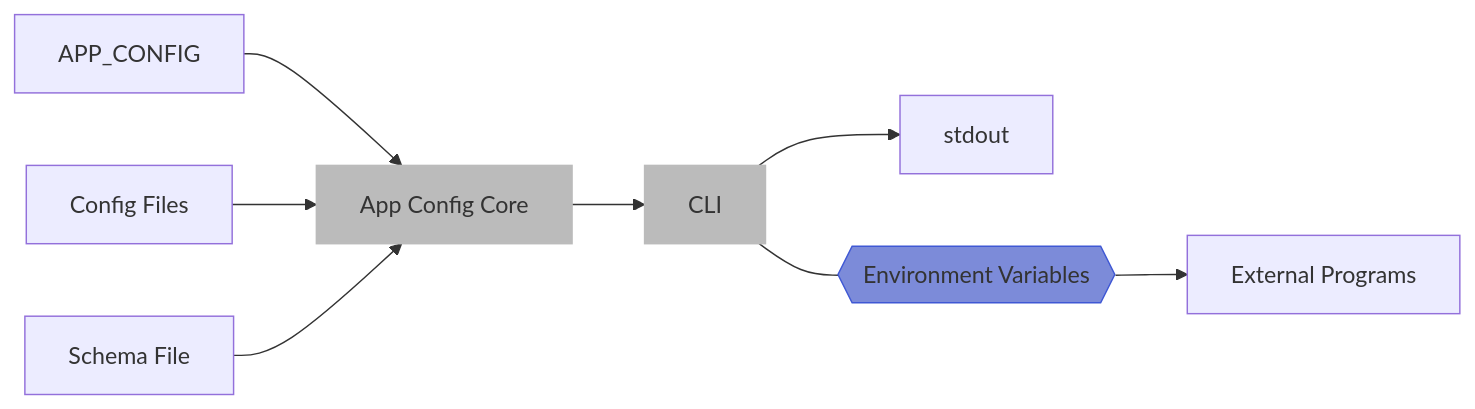
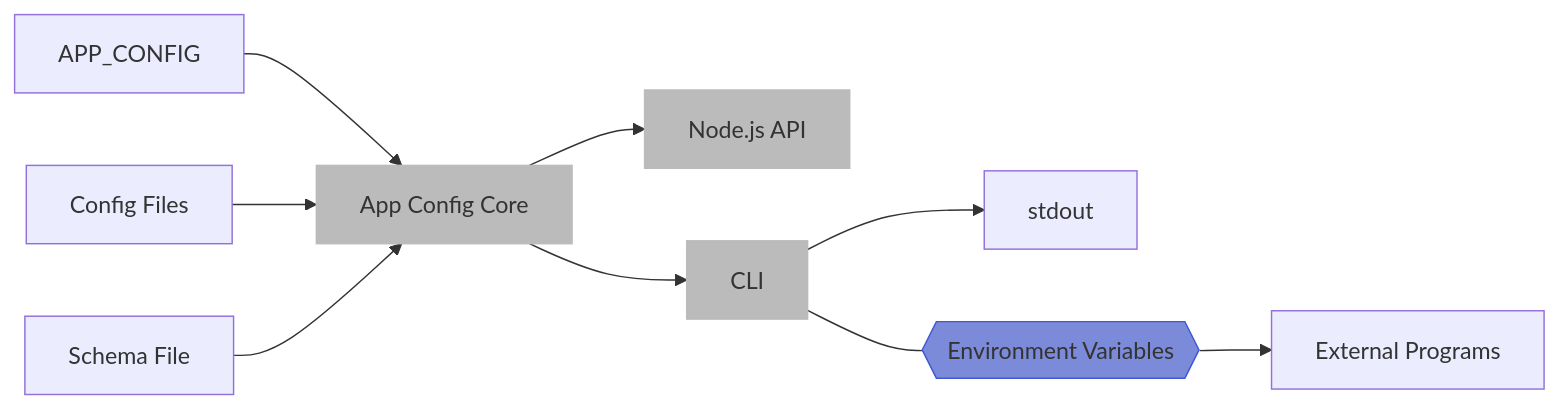
One commit to launchcodedev/app-config changed the diagram in docs/guide/intro/cli.md. Above: the diagram before and after it, drawn with Mermaid. The commit also changed 4 other files, not shown here.

````diff
--- a/docs/guide/intro/cli.md
+++ b/docs/guide/intro/cli.md
@@ -14,22 +14,25 @@
 ```mermaid
 graph LR
     files[Config Files]
     env[APP_CONFIG]
     schema[Schema File]
     core[App Config Core]
+    api[Node.js API]
     cli[CLI]
     stdout[stdout]
     envs{{Environment Variables}}
     ext[External Programs]
 
     env --> core
     files --> core
     schema --> core
+    core --> api
     core --> cli
     cli --> stdout
     cli --- envs --> ext
 
     style cli fill:#BBB,stroke:#BBB
+    style api fill:#BBB,stroke:#BBB
     style core fill:#BBB,stroke:#BBB
     style envs fill:#7c8bd9,stroke:#3f58d4
 ```
````
